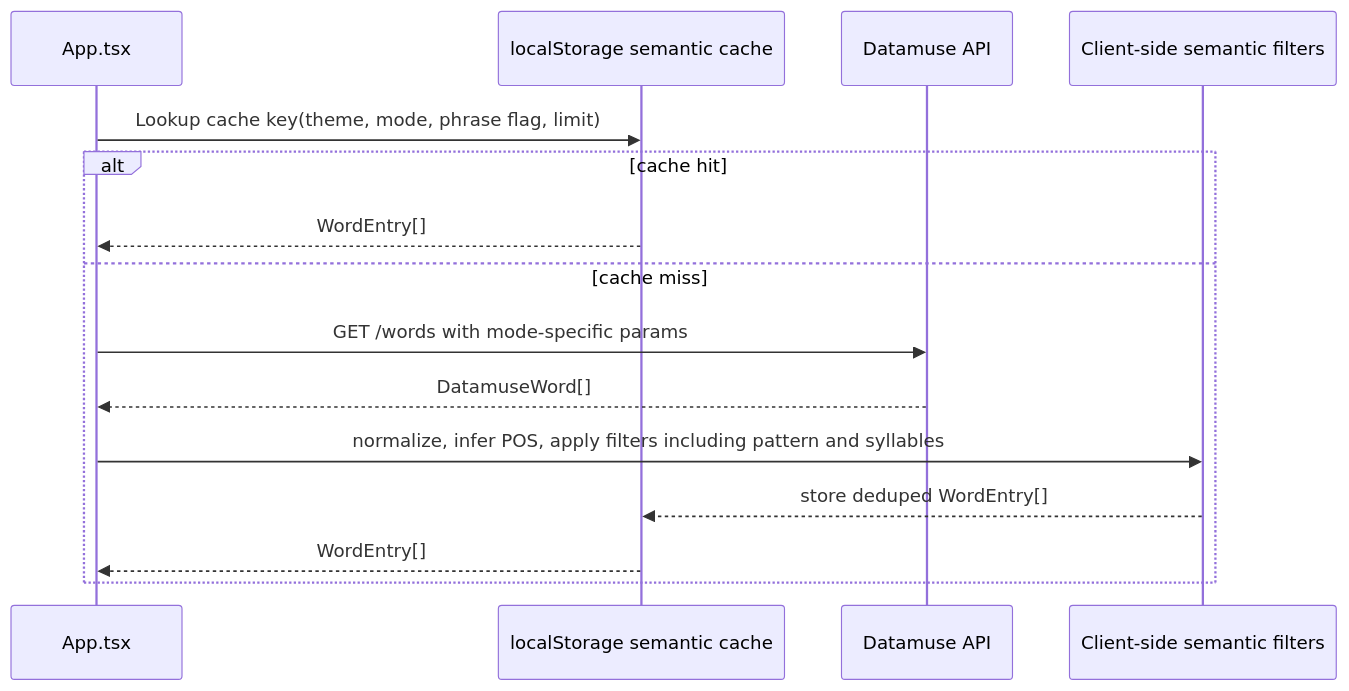
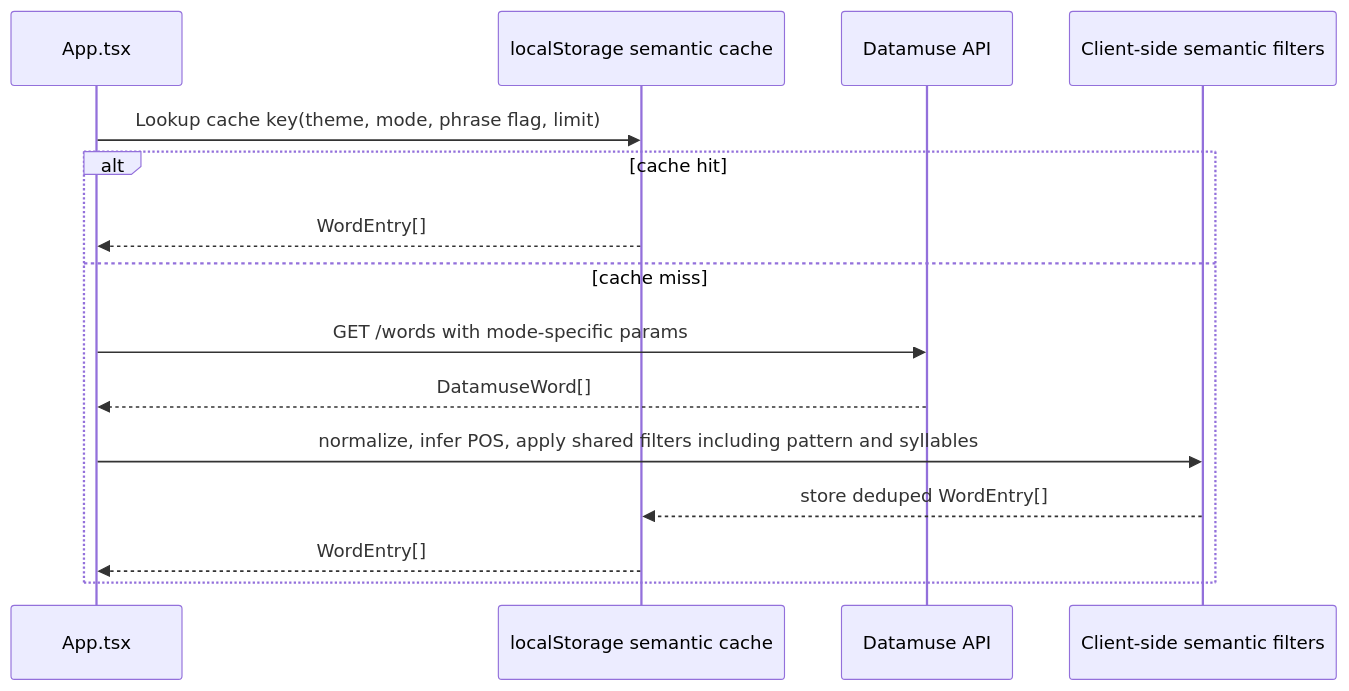
The sixth of 14 diagrams in docs/architecture.md (danysdragons/random-words), drawn with Mermaid before and after one commit. The commit also changed other lines of this file and 10 other files, not shown here.

````diff
--- a/docs/architecture.md
+++ b/docs/architecture.md
@@ -303,18 +316,18 @@
 ```mermaid
 sequenceDiagram
   participant App as App.tsx
   participant Cache as localStorage semantic cache
   participant DM as Datamuse API
   participant Filter as Client-side semantic filters
 
   App->>Cache: Lookup cache key(theme, mode, phrase flag, limit)
   alt cache hit
     Cache-->>App: WordEntry[]
   else cache miss
     App->>DM: GET /words with mode-specific params
     DM-->>App: DatamuseWord[]
-    App->>Filter: normalize, infer POS, apply filters including pattern and syllables
+    App->>Filter: normalize, infer POS, apply shared filters including pattern and syllables
     Filter-->>Cache: store deduped WordEntry[]
     Cache-->>App: WordEntry[]
   end
 ```
````
